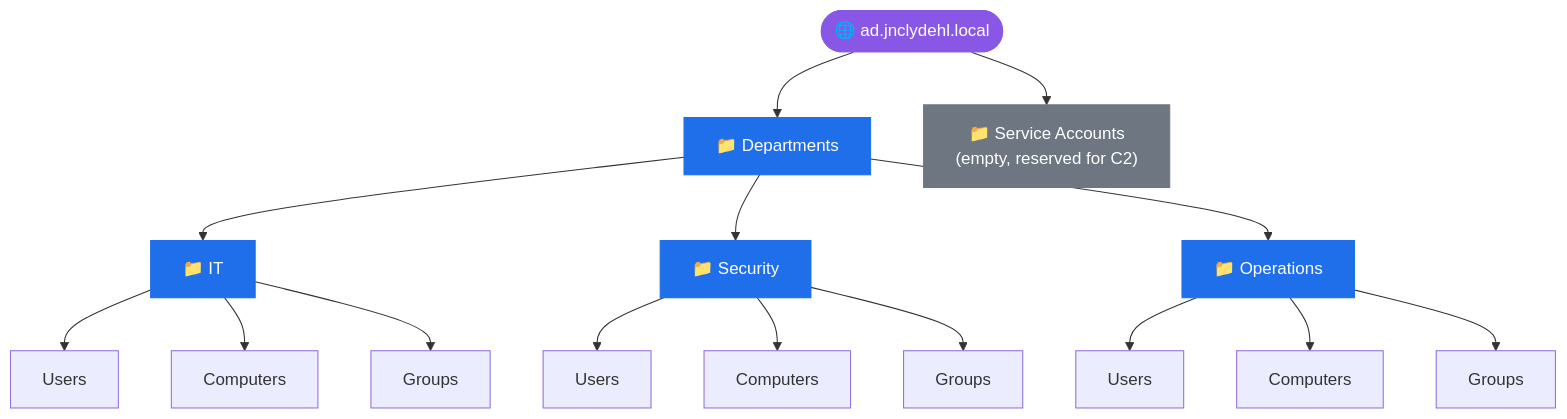
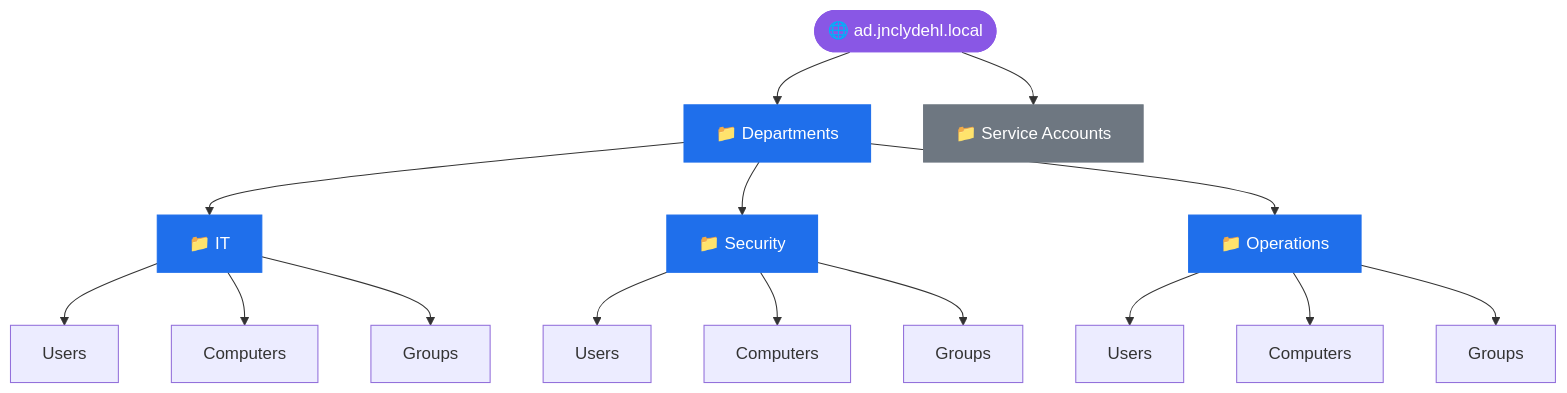
The first of 3 diagrams in HomeLab/4 - Microsoft/AD Administration.md (ClydeWasEjected/ClydeHomeLab), drawn with Mermaid before and after one commit. The commit also changed other lines of this file and 6 other files, not shown here.

````diff
--- a/HomeLab/4 - Microsoft/AD Administration.md
+++ b/HomeLab/4 - Microsoft/AD Administration.md
@@ -9,17 +12,17 @@
 ```mermaid
 flowchart TB
     root(["🌐 ad.jnclydehl.local"]) --> dep["📁 Departments"]
-    root --> svc["📁 Service Accounts<br/>(empty, reserved for C2)"]
+    root --> svc["📁 Service Accounts"]
     dep --> it["📁 IT"]
     dep --> sec["📁 Security"]
     dep --> ops["📁 Operations"]
     it --> itu["Users"] & itc["Computers"] & itg["Groups"]
     sec --> secu["Users"] & secc["Computers"] & secg["Groups"]
     ops --> opsu["Users"] & opsc["Computers"] & opsg["Groups"]
     classDef r fill:#8957e5,stroke:#8957e5,color:#fff
     classDef d fill:#1f6feb,stroke:#1f6feb,color:#fff
     classDef e fill:#6e7781,stroke:#6e7781,color:#fff
     class root r
     class dep,it,sec,ops d
     class svc e
 ```
````
